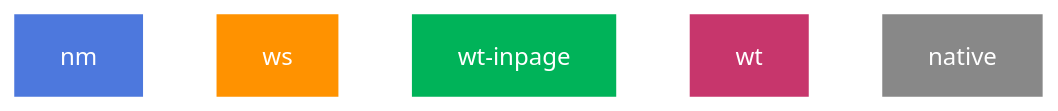
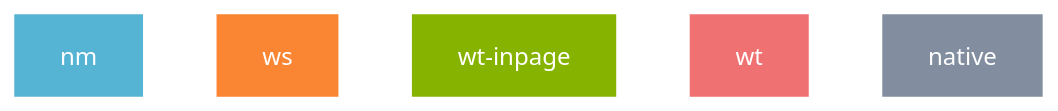
Before and after one commit to K4zoku/FF-WebHID: the fourth of 6 diagrams in docs/BENCHMARK.md, drawn with Mermaid. The commit also changed other lines of this file, not shown here.

````diff
--- a/docs/BENCHMARK.md
+++ b/docs/BENCHMARK.md
@@ -180,9 +186,9 @@
 ```mermaid
 flowchart LR
     nm["nm"]:::m1 ~~~ ws["ws"]:::m2 ~~~ wtip["wt-inpage"]:::m3 ~~~ wt["wt"]:::m4 ~~~ nat["native"]:::m5
-    classDef m1 fill:#4d78dd,stroke:#4d78dd,color:#fff
-    classDef m2 fill:#ff9200,stroke:#ff9200,color:#fff
-    classDef m3 fill:#00b359,stroke:#00b359,color:#fff
-    classDef m4 fill:#c7366c,stroke:#c7366c,color:#fff
-    classDef m5 fill:#888888,stroke:#888888,color:#fff
+    classDef m1 fill:#55b4d4,stroke:#55b4d4,color:#fff
+    classDef m2 fill:#fa8532,stroke:#fa8532,color:#fff
+    classDef m3 fill:#86b300,stroke:#86b300,color:#fff
+    classDef m4 fill:#f07171,stroke:#f07171,color:#fff
+    classDef m5 fill:#828e9f,stroke:#828e9f,color:#fff
 ```
````
